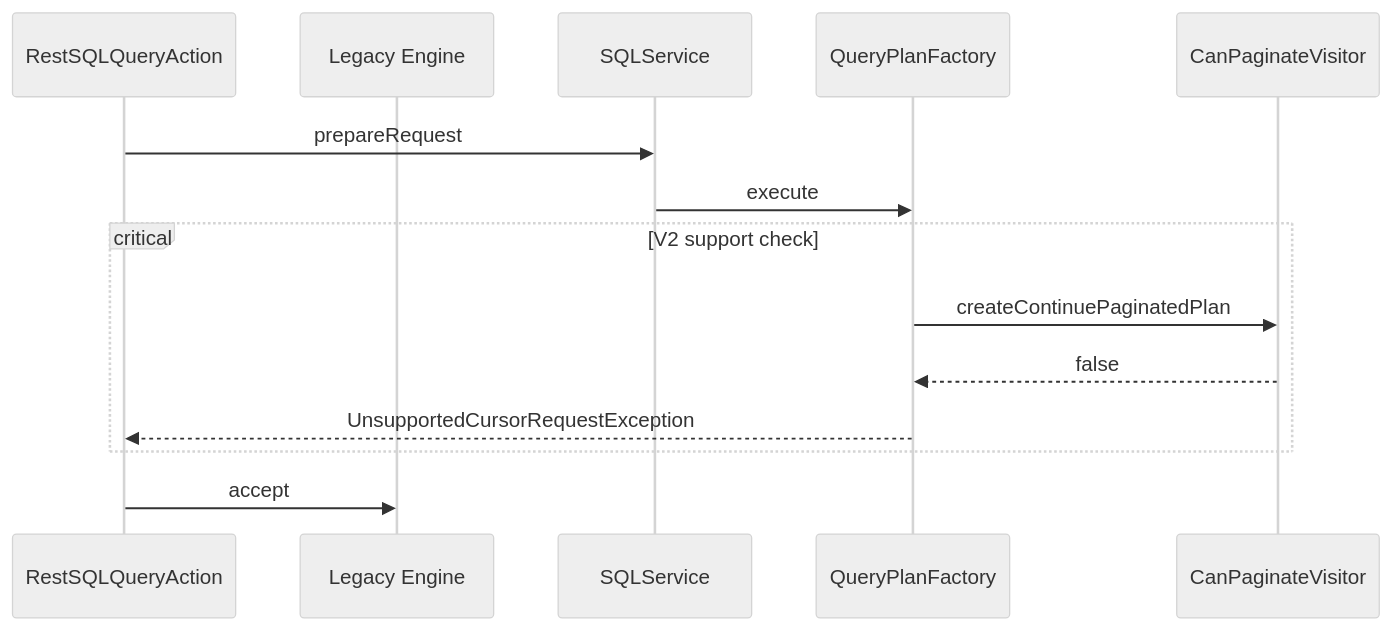
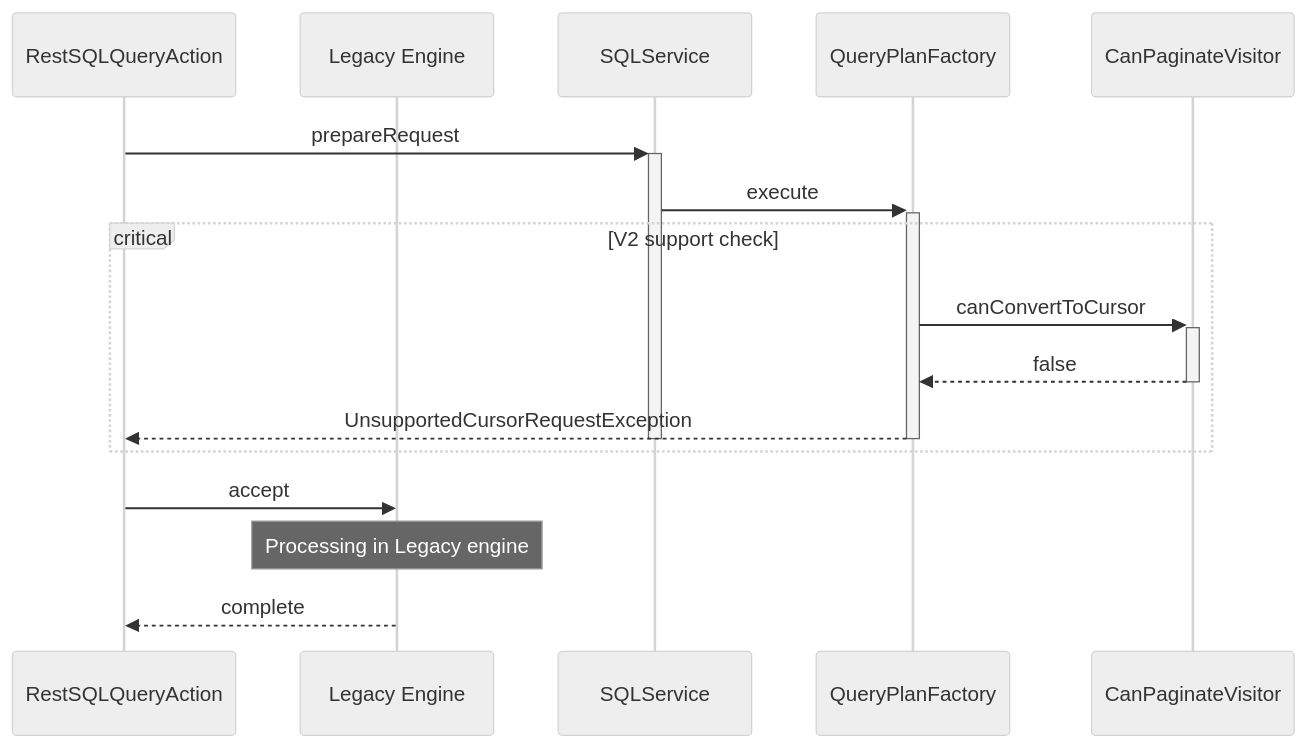
One commit to opensearch-project/sql changed the third of 6 diagrams in docs/dev/Pagination-v2.md. Above: the diagram before and after it, drawn with Mermaid (neutral theme). The commit also changed other lines of this file, not shown here.

Commit message:
Update design graphs.

````diff
--- a/docs/dev/Pagination-v2.md
+++ b/docs/dev/Pagination-v2.md
@@ -178,17 +178,20 @@
 ```mermaid
 sequenceDiagram
     participant RestSQLQueryAction
     participant Legacy Engine
     participant SQLService
     participant QueryPlanFactory
     participant CanPaginateVisitor
 
-RestSQLQueryAction->>SQLService:prepareRequest
-  SQLService->>QueryPlanFactory:execute
+RestSQLQueryAction->>+SQLService: prepareRequest
+  SQLService->>+QueryPlanFactory: execute
     critical V2 support check
-    QueryPlanFactory->>CanPaginateVisitor:createContinuePaginatedPlan
-      CanPaginateVisitor-->>QueryPlanFactory:false
-    QueryPlanFactory-->>RestSQLQueryAction:UnsupportedCursorRequestException
+    QueryPlanFactory->>+CanPaginateVisitor: canConvertToCursor
+      CanPaginateVisitor-->>-QueryPlanFactory: false
+    QueryPlanFactory-->>-RestSQLQueryAction: UnsupportedCursorRequestException
+    deactivate SQLService
     end
-      RestSQLQueryAction->>Legacy Engine:accept
+      RestSQLQueryAction->>Legacy Engine: accept
+      Note over Legacy Engine: Processing in Legacy engine
+        Legacy Engine-->>RestSQLQueryAction:complete
 ```
````
